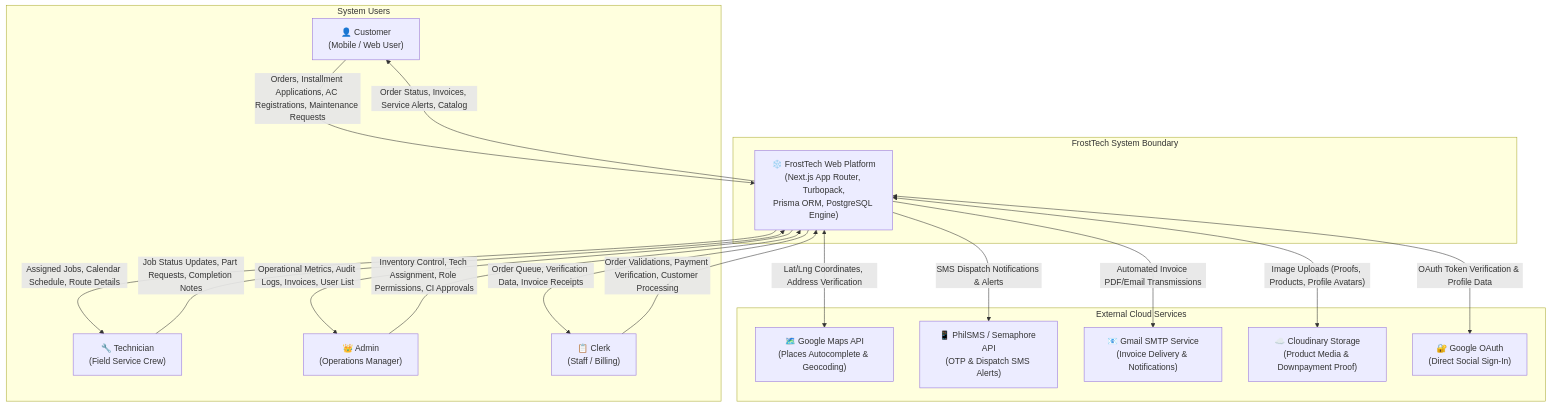
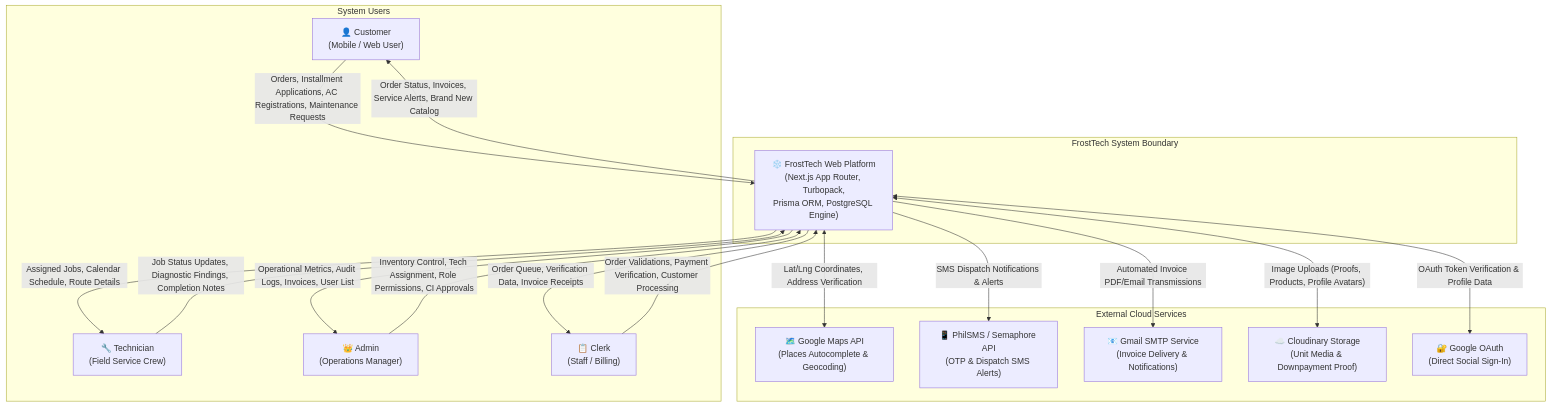
Before and after one commit to Cerberus770/FrostTech: the first of 8 diagrams in DIAGRAMS.md, drawn with Mermaid. The commit also changed other lines of this file and 1 other file, not shown here.

Commit message:
docs: remove TechRequest and align all inventory descriptions to 100% Brand New units

````diff
--- a/DIAGRAMS.md
+++ b/DIAGRAMS.md
@@ -9,44 +13,44 @@
 ```mermaid
 flowchart TB
     subgraph ExternalActors["System Users"]
         Customer["👤 Customer\n(Mobile / Web User)"]
         Technician["🔧 Technician\n(Field Service Crew)"]
         Admin["👑 Admin\n(Operations Manager)"]
         Clerk["📋 Clerk\n(Staff / Billing)"]
     end
 
     subgraph FrostTechCore["FrostTech System Boundary"]
         System["❄️ FrostTech Web Platform\n(Next.js App Router, Turbopack,\nPrisma ORM, PostgreSQL Engine)"]
     end
 
     subgraph ThirdPartyAPIs["External Cloud Services"]
         GoogleMaps["🗺️ Google Maps API\n(Places Autocomplete & Geocoding)"]
         SMSGateway["📱 PhilSMS / Semaphore API\n(OTP & Dispatch SMS Alerts)"]
         EmailSMTP["📧 Gmail SMTP Service\n(Invoice Delivery & Notifications)"]
-        Cloudinary["☁️ Cloudinary Storage\n(Product Media & Downpayment Proof)"]
+        Cloudinary["☁️ Cloudinary Storage\n(Unit Media & Downpayment Proof)"]
         GoogleAuth["🔐 Google OAuth\n(Direct Social Sign-In)"]
     end
 
     %% Customer Data Flows
     Customer -->|"Orders, Installment Applications, AC Registrations, Maintenance Requests"| System
-    System -->|"Order Status, Invoices, Service Alerts, Catalog"| Customer
+    System -->|"Order Status, Invoices, Service Alerts, Brand New Catalog"| Customer
 
     %% Technician Data Flows
-    Technician -->|"Job Status Updates, Part Requests, Completion Notes"| System
+    Technician -->|"Job Status Updates, Diagnostic Findings, Completion Notes"| System
     System -->|"Assigned Jobs, Calendar Schedule, Route Details"| Technician
 
     %% Admin Data Flows
     Admin -->|"Inventory Control, Tech Assignment, Role Permissions, CI Approvals"| System
     System -->|"Operational Metrics, Audit Logs, Invoices, User List"| Admin
 
     %% Clerk Data Flows
     Clerk -->|"Order Validations, Payment Verification, Customer Processing"| System
     System -->|"Order Queue, Verification Data, Invoice Receipts"| Clerk
 
     %% External Services Data Flows
     System <-->|"Lat/Lng Coordinates, Address Verification"| GoogleMaps
     System -->|"SMS Dispatch Notifications & Alerts"| SMSGateway
     System -->|"Automated Invoice PDF/Email Transmissions"| EmailSMTP
     System <-->|"Image Uploads (Proofs, Products, Profile Avatars)"| Cloudinary
     System <-->|"OAuth Token Verification & Profile Data"| GoogleAuth
 ```
````
